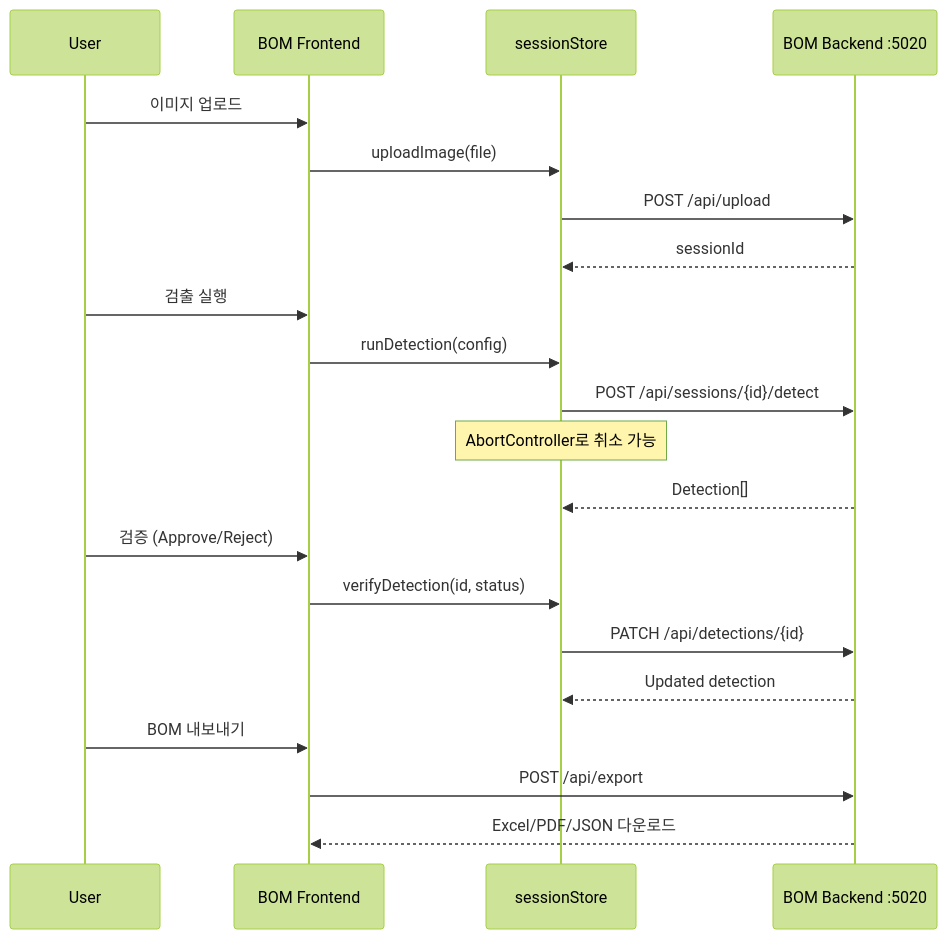
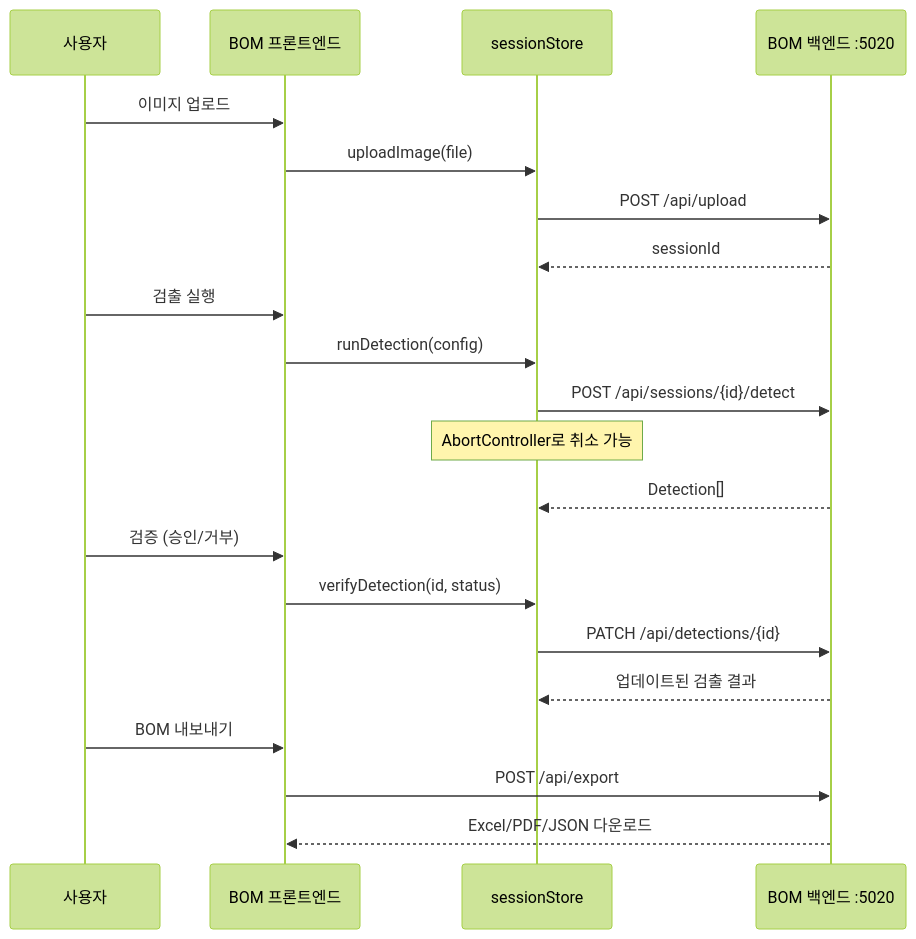
The second of 2 diagrams in docs-site/docs/frontend/bom-frontend.md (uprootai/AX_OCR), drawn with Mermaid (forest theme) before and after one commit. The commit also changed other lines of this file and 64 other files, not shown here.

````diff
--- a/docs-site/docs/frontend/bom-frontend.md
+++ b/docs-site/docs/frontend/bom-frontend.md
@@ -56,27 +56,27 @@
 ```mermaid
 sequenceDiagram
-    participant U as User
-    participant FE as BOM Frontend
+    participant U as 사용자
+    participant FE as BOM 프론트엔드
     participant Store as sessionStore
-    participant BE as BOM Backend :5020
+    participant BE as BOM 백엔드 :5020
 
     U->>FE: 이미지 업로드
     FE->>Store: uploadImage(file)
     Store->>BE: POST /api/upload
     BE-->>Store: sessionId
 
     U->>FE: 검출 실행
     FE->>Store: runDetection(config)
     Store->>BE: POST /api/sessions/{id}/detect
     Note over Store: AbortController로 취소 가능
     BE-->>Store: Detection[]
 
-    U->>FE: 검증 (Approve/Reject)
+    U->>FE: 검증 (승인/거부)
     FE->>Store: verifyDetection(id, status)
     Store->>BE: PATCH /api/detections/{id}
-    BE-->>Store: Updated detection
+    BE-->>Store: 업데이트된 검출 결과
 
     U->>FE: BOM 내보내기
     FE->>BE: POST /api/export
     BE-->>FE: Excel/PDF/JSON 다운로드
 ```
````
